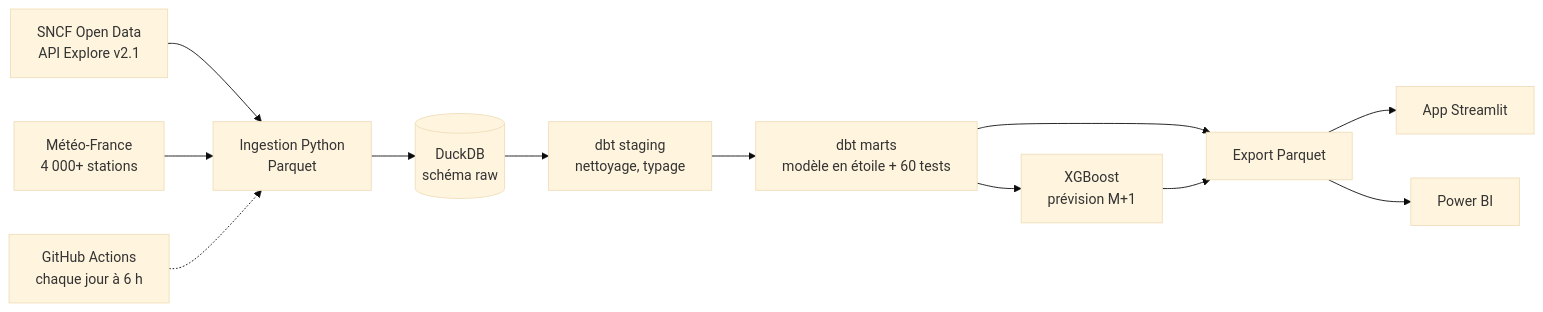
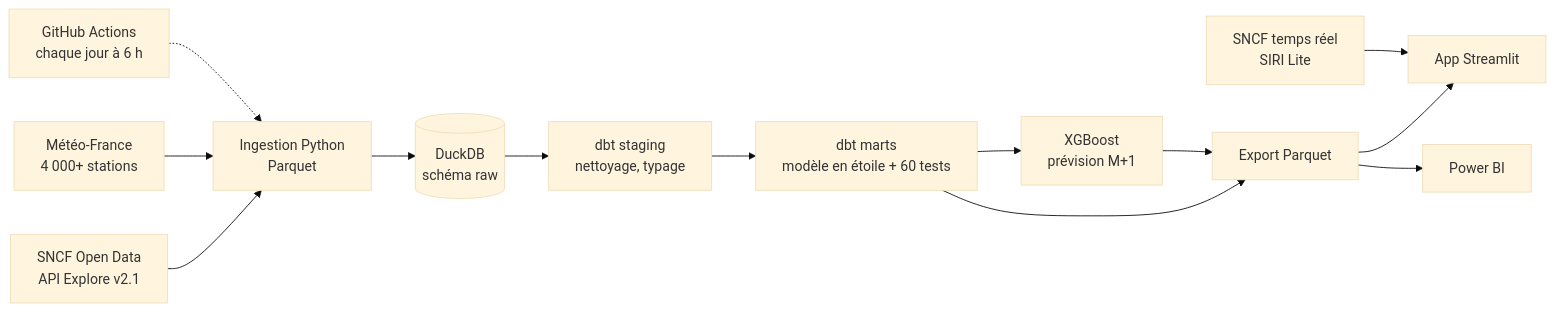
Before and after one commit to acherm75/observatoire-ponctualite-ferroviaire: the first of 2 diagrams in README.md, drawn with Mermaid (base theme). The commit also changed other lines of this file and 3 other files, not shown here.

Commit message:
Onglet En direct : trafic SNCF en temps réel (flux SIRI Lite, sans clé)

````diff
--- a/README.md
+++ b/README.md
@@ -42,14 +51,15 @@
 ```mermaid
 flowchart LR
     A[SNCF Open Data<br/>API Explore v2.1] --> I
     B[Météo-France<br/>4 000+ stations] --> I
     I[Ingestion Python<br/>Parquet] --> R[(DuckDB<br/>schéma raw)]
     R --> S[dbt staging<br/>nettoyage, typage]
     S --> M[dbt marts<br/>modèle en étoile + 60 tests]
     M --> ML[XGBoost<br/>prévision M+1]
     M --> E[Export Parquet]
     ML --> E
     E --> ST[App Streamlit]
+    RT[SNCF temps réel<br/>SIRI Lite] --> ST
     E --> PBI[Power BI]
     GH[GitHub Actions<br/>chaque jour à 6 h] -.-> I
 ```
````
